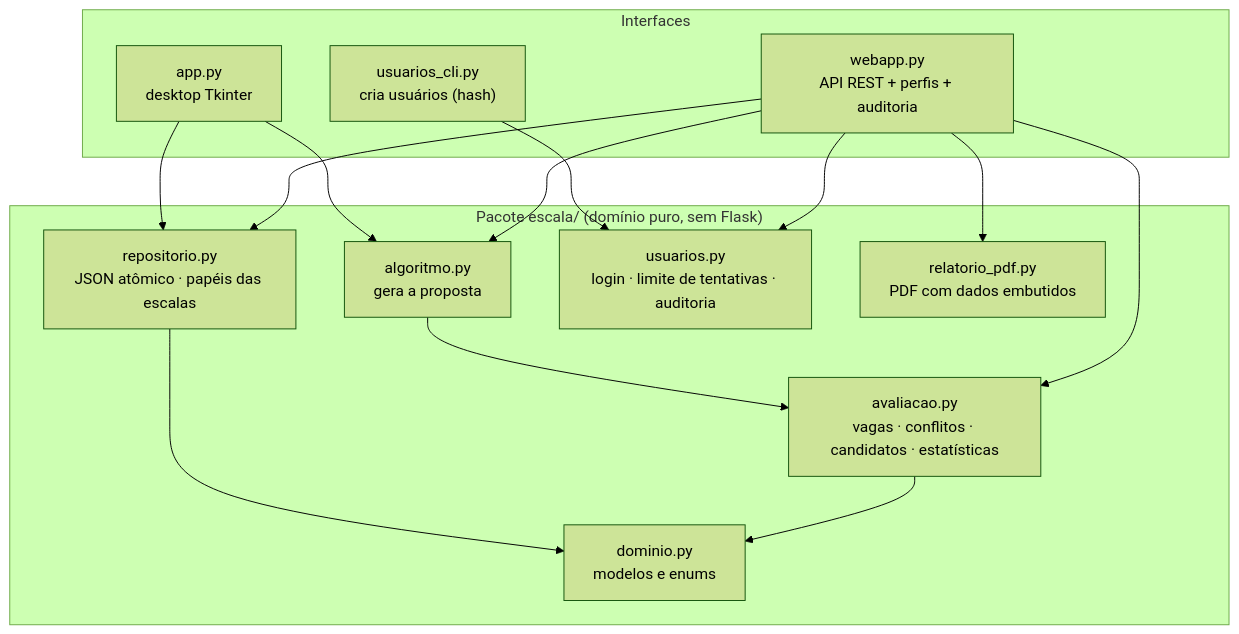
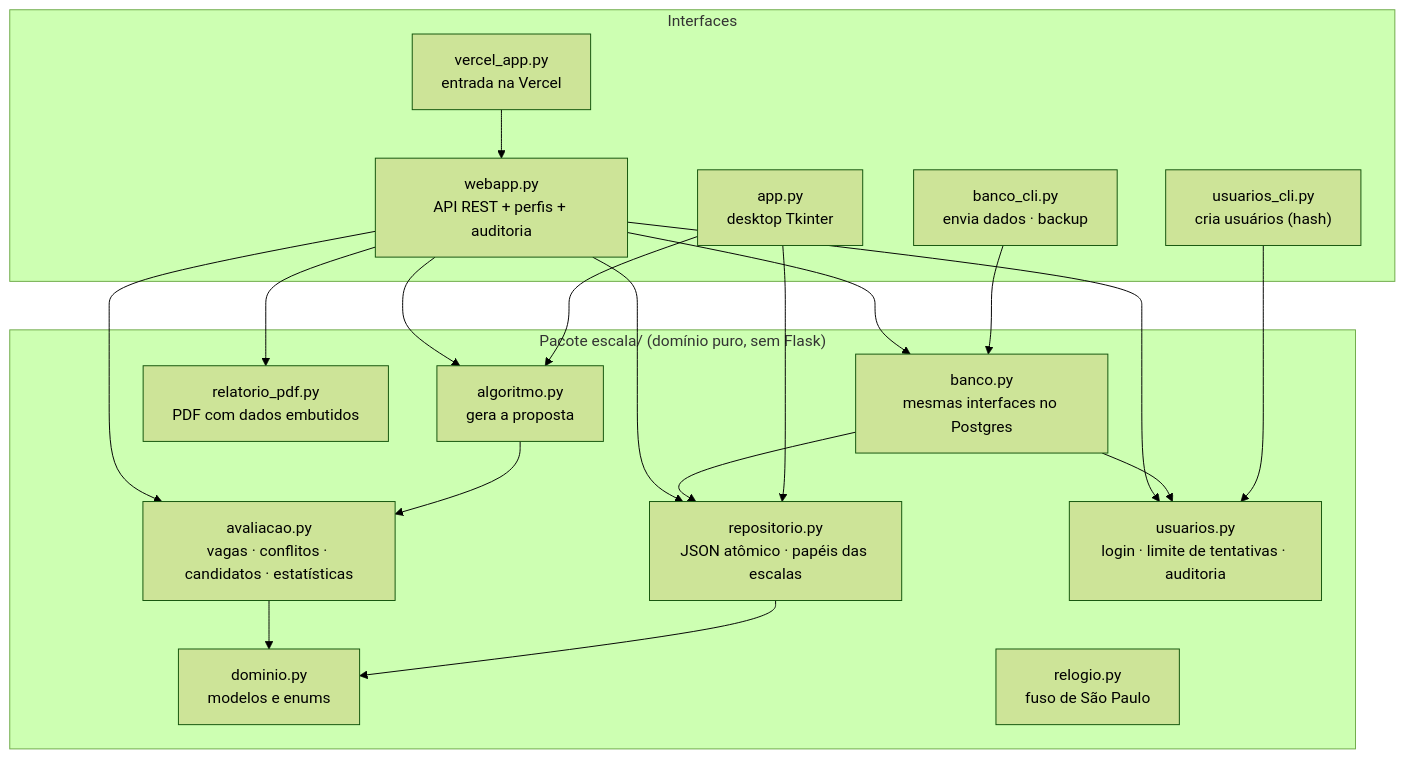
Before and after one commit to CarlosAlvesSantosJr/escalas-de-plantao: the second of 8 diagrams in docs/ARQUITETURA.md, drawn with Mermaid (forest theme). The commit also changed other lines of this file and 20 other files, not shown here.

First line of the commit message:
Documentação de portfólio: app em produção na Vercel, uso pela equipe e imagens anonimizadas

````diff
--- a/docs/ARQUITETURA.md
+++ b/docs/ARQUITETURA.md
@@ -51,21 +52,28 @@
 ```mermaid
 flowchart TB
     subgraph Interfaces
         WEB["webapp.py<br/>API REST + perfis + auditoria"]
         TK["app.py<br/>desktop Tkinter"]
         CLI["usuarios_cli.py<br/>cria usuários (hash)"]
+        BCLI["banco_cli.py<br/>envia dados · backup"]
+        VA["vercel_app.py<br/>entrada na Vercel"]
     end
     subgraph escala["Pacote escala/ (domínio puro, sem Flask)"]
         DOM["dominio.py<br/>modelos e enums"]
         ALG["algoritmo.py<br/>gera a proposta"]
         AVA["avaliacao.py<br/>vagas · conflitos · candidatos · estatísticas"]
         REP["repositorio.py<br/>JSON atômico · papéis das escalas"]
         USR["usuarios.py<br/>login · limite de tentativas · auditoria"]
         PDF["relatorio_pdf.py<br/>PDF com dados embutidos"]
+        BAN["banco.py<br/>mesmas interfaces no Postgres"]
+        REL["relogio.py<br/>fuso de São Paulo"]
     end
-    WEB --> ALG & AVA & REP & USR & PDF
+    VA --> WEB
+    WEB --> ALG & AVA & REP & USR & PDF & BAN
+    BCLI --> BAN
+    BAN --> REP & USR
     TK --> ALG & REP
     CLI --> USR
     ALG --> AVA --> DOM
     REP --> DOM
 ```
````
